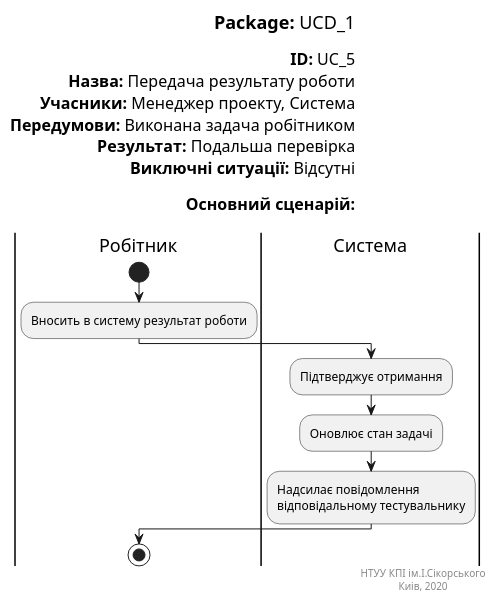
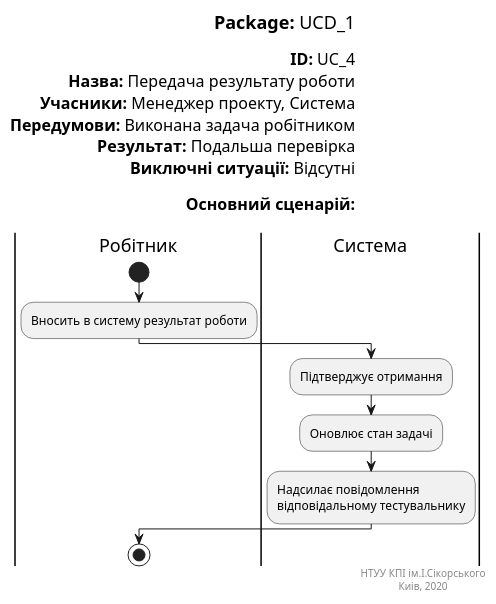
The diagram in docs/puml/resolveTask.puml (Jirobus/Core), drawn with PlantUML before and after one commit.

```diff
--- a/docs/puml/resolveTask.puml
+++ b/docs/puml/resolveTask.puml
@@ -1,33 +1,33 @@
 @startuml resolveTask
 left header
 <font color=000 size=18><b>Package:</b> UCD_1
 
-<font color=000 size=16><b>ID:</b> UC_5
+<font color=000 size=16><b>ID:</b> UC_4
 <font color=000 size=16><b>Назва:</b> Передача результату роботи
 <font color=000 size=16><b>Учасники:</b> Менеджер проекту, Система
 <font color=000 size=16><b>Передумови:</b> Виконана задача робітником
 <font color=000 size=16><b>Результат:</b> Подальша перевірка
 <font color=000 size=16><b>Виключні ситуації:</b> Відсутні
 
 <font color=000 size=16><b>Основний сценарій:</b> 
 
 end header
 
 |Робітник|
 start
 :Вносить в систему результат роботи;
 
 |Система|
 :Підтверджує отримання;
 :Оновлює стан задачі;
 :Надсилає повідомлення
 відповідальному тестувальнику;
 
 |Робітник|
 stop
 
 right footer
 НТУУ КПІ ім.І.Сікорського
 Киів, 2020 
 end footer
 @enduml
```
